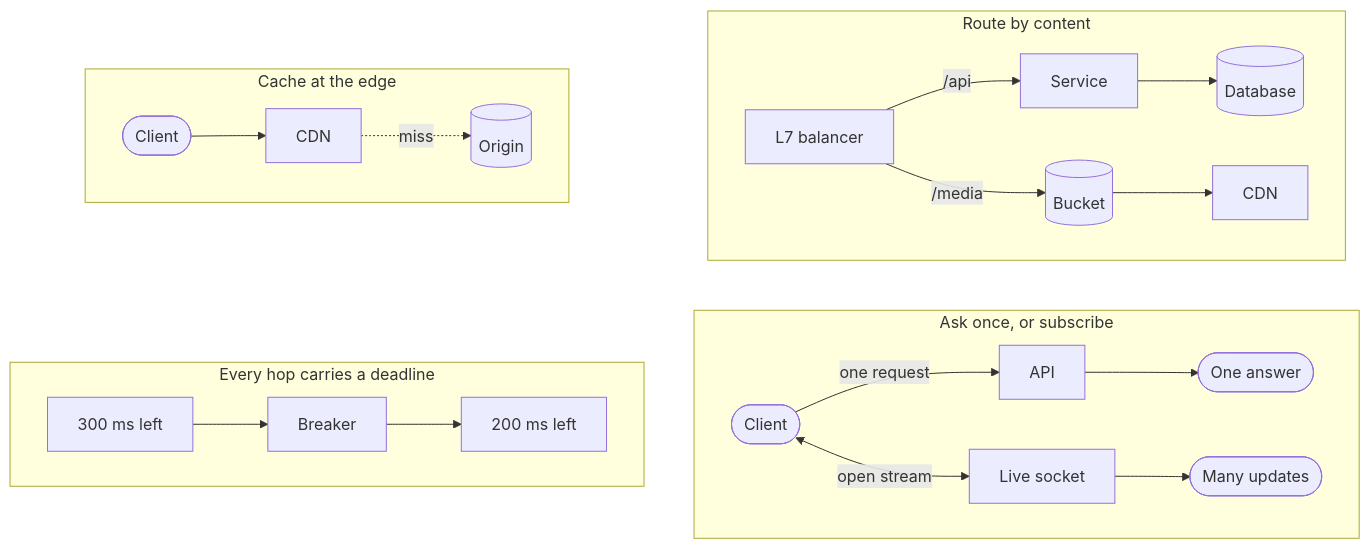
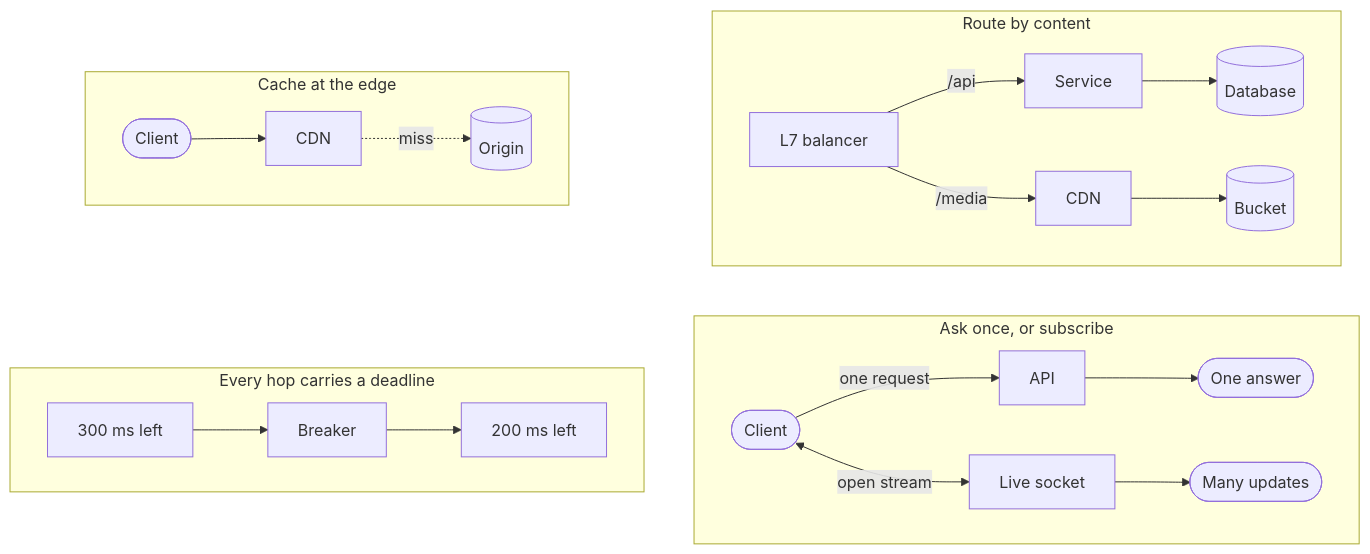
The ninth of 19 diagrams in examples/system-design-foundations.md (Laticent/lattice), drawn with Mermaid before and after one commit. The commit also changed other lines of this file and 1 other file, not shown here.

````diff
--- a/examples/system-design-foundations.md
+++ b/examples/system-design-foundations.md
@@ -1269,23 +1269,23 @@
 ```mermaid
 flowchart TB
   subgraph b["Route by content"]
     direction LR
     B1["L7 balancer"] -->|"/api"| B2["Service"] --> B4[("Database")]
-    B1 -->|"/media"| B3[("Bucket")] --> B5["CDN"]
+    B1 -->|"/media"| B5["CDN"] --> B3[("Bucket")]
   end
   subgraph a["Cache at the edge"]
     direction LR
     A1(["Client"]) --> A2["CDN"] -.->|"miss"| A3[("Origin")]
   end
   subgraph d["Ask once, or subscribe"]
     direction LR
     D1(["Client"]) -->|"one request"| D2["API"] --> D4(["One answer"])
     D1 <-->|"open stream"| D3["Live socket"] --> D5(["Many updates"])
   end
   subgraph c["Every hop carries a deadline"]
     direction LR
     C1["300 ms left"] --> C2["Breaker"] --> C3["200 ms left"]
   end
   a ~~~ c
   b ~~~ d
 ```
````
